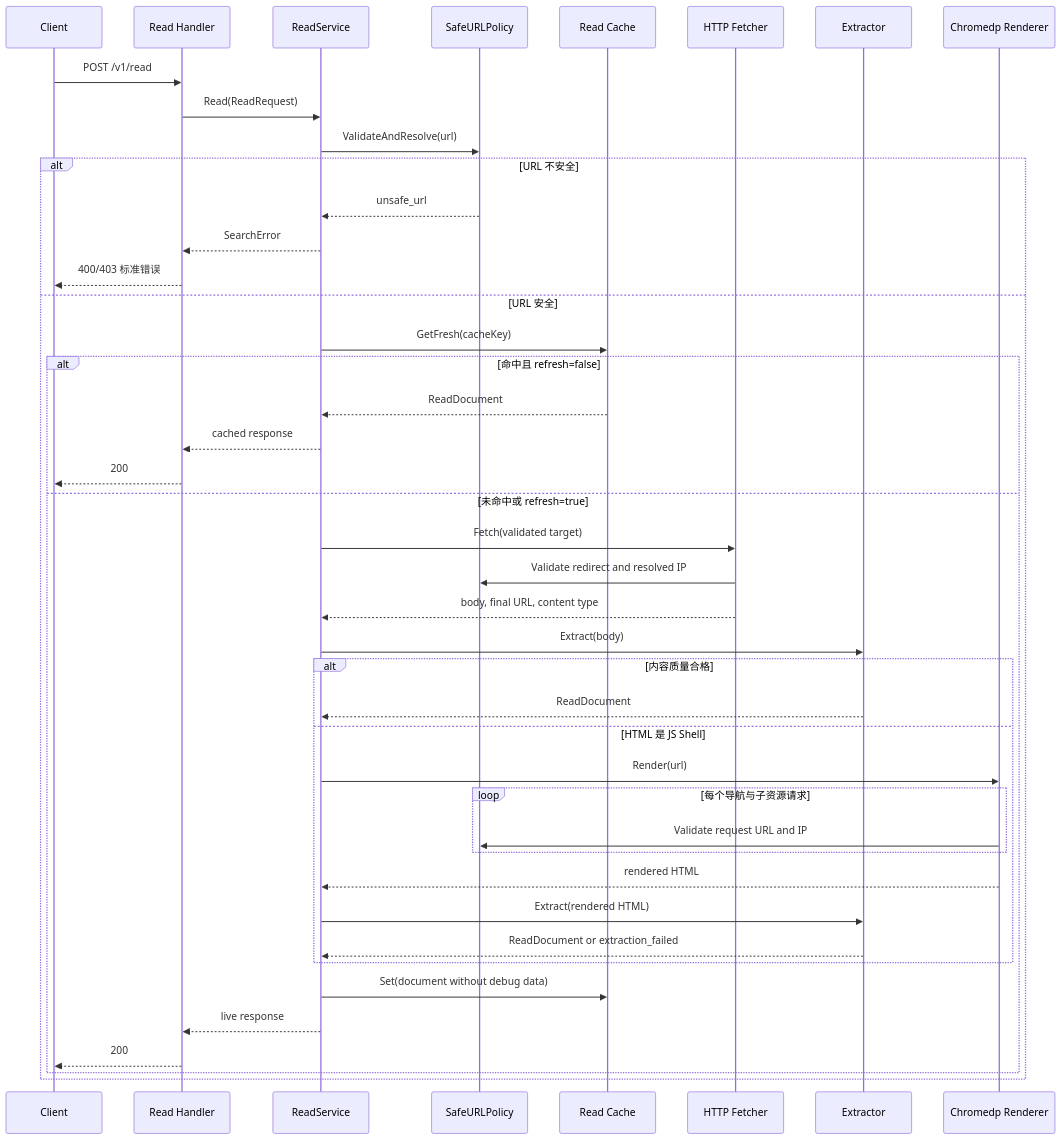
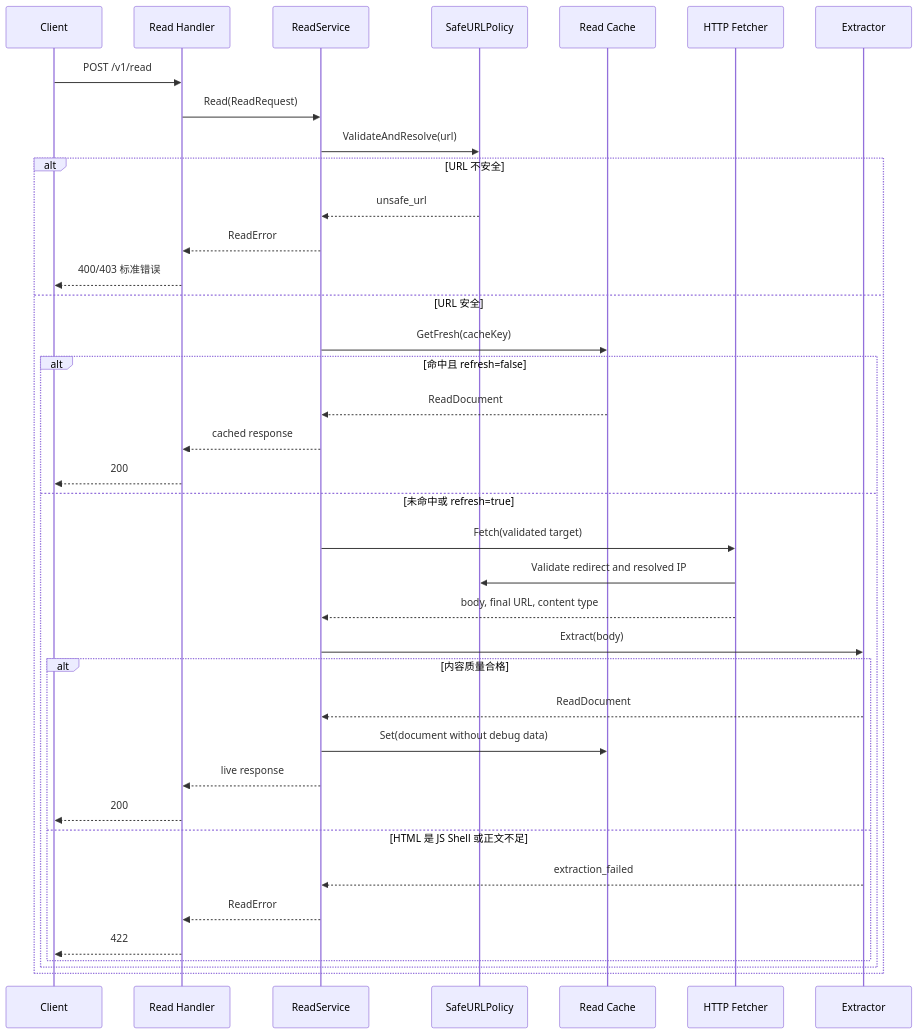
Before and after one commit to ZoeImport/search-x: the second of 3 diagrams in docs/superpowers/specs/2026-07-14-read-api-design.md, drawn with Mermaid. The commit also changed other lines of this file and 54 other files, not shown here.

````diff
--- a/docs/superpowers/specs/2026-07-14-read-api-design.md
+++ b/docs/superpowers/specs/2026-07-14-read-api-design.md
@@ -63,46 +62,41 @@
 ```mermaid
 sequenceDiagram
   participant C as Client
   participant H as Read Handler
   participant S as ReadService
   participant P as SafeURLPolicy
   participant K as Read Cache
   participant F as HTTP Fetcher
   participant E as Extractor
-  participant B as Chromedp Renderer
 
   C->>H: POST /v1/read
   H->>S: Read(ReadRequest)
   S->>P: ValidateAndResolve(url)
   alt URL 不安全
     P-->>S: unsafe_url
-    S-->>H: SearchError
+    S-->>H: ReadError
     H-->>C: 400/403 标准错误
   else URL 安全
     S->>K: GetFresh(cacheKey)
     alt 命中且 refresh=false
       K-->>S: ReadDocument
       S-->>H: cached response
       H-->>C: 200
     else 未命中或 refresh=true
       S->>F: Fetch(validated target)
       F->>P: Validate redirect and resolved IP
       F-->>S: body, final URL, content type
       S->>E: Extract(body)
       alt 内容质量合格
         E-->>S: ReadDocument
-      else HTML 是 JS Shell
-        S->>B: Render(url)
-        loop 每个导航与子资源请求
-          B->>P: Validate request URL and IP
-        end
-        B-->>S: rendered HTML
-        S->>E: Extract(rendered HTML)
-        E-->>S: ReadDocument or extraction_failed
+        S->>K: Set(document without debug data)
+        S-->>H: live response
+        H-->>C: 200
+      else HTML 是 JS Shell 或正文不足
+        E-->>S: extraction_failed
+        S-->>H: ReadError
+        H-->>C: 422
       end
-      S->>K: Set(document without debug data)
-      S-->>H: live response
-      H-->>C: 200
     end
   end
 ```
````
